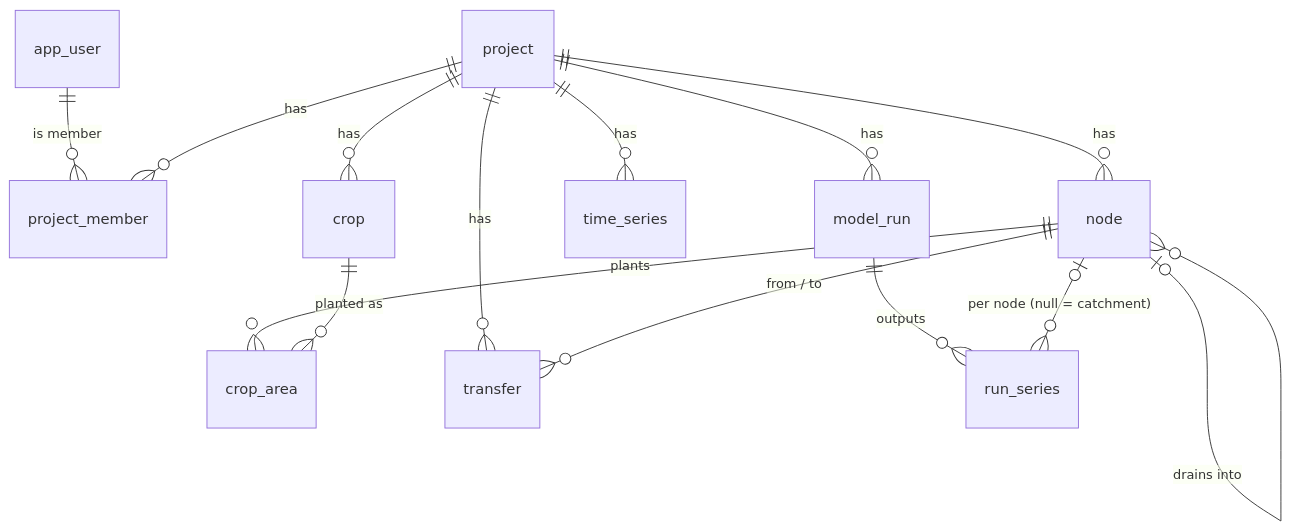
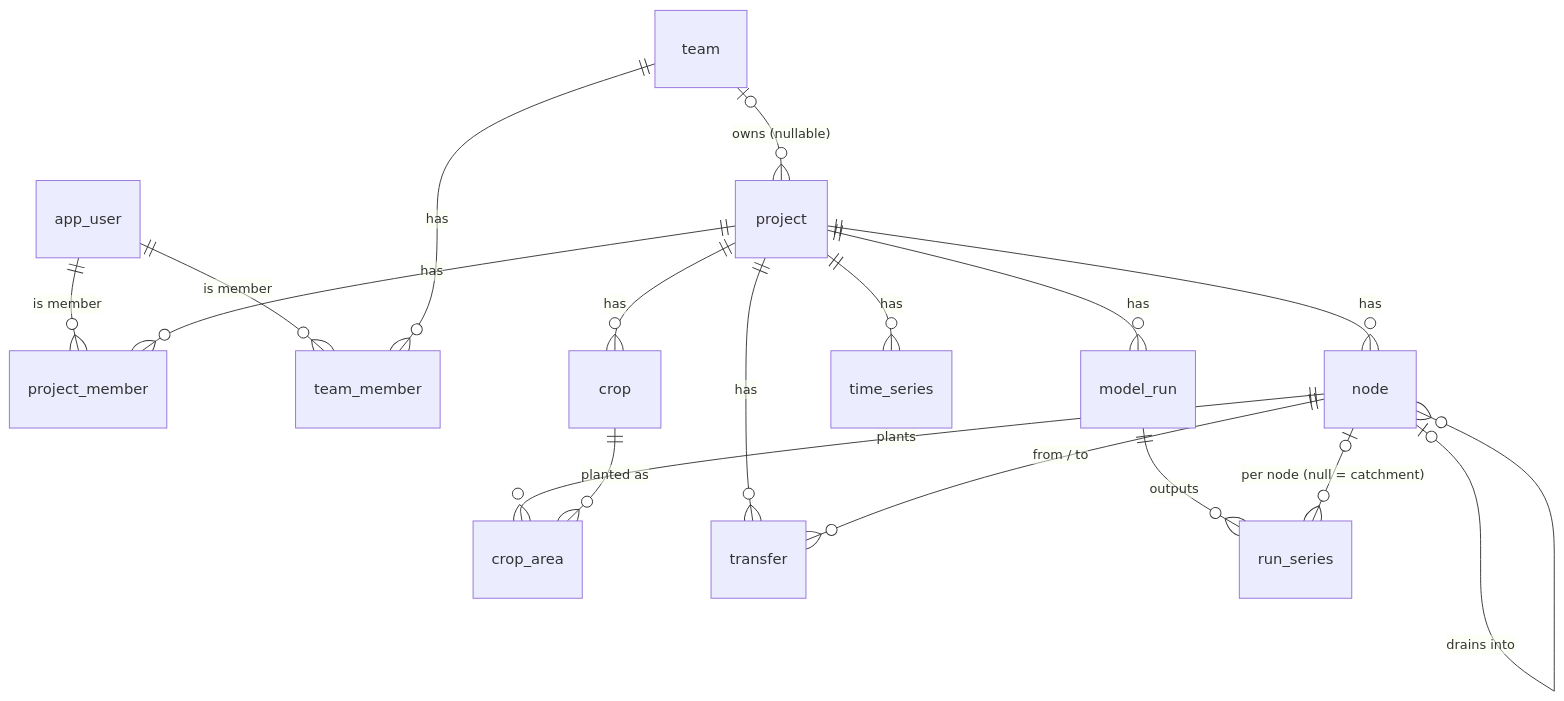
One commit to Absence0760/project-water-management changed the diagram in docs/data-model.md. Above: the diagram before and after it, drawn with Mermaid. The commit also changed other lines of this file, not shown here.

Commit message:
docs(data-model): add teams to the table list and ERD, crop sort_order, project/team policies, fix 004 backfill note

````diff
--- a/docs/data-model.md
+++ b/docs/data-model.md
@@ -16,16 +16,19 @@
 ```mermaid
 erDiagram
   app_user ||--o{ project_member : "is member"
+  app_user ||--o{ team_member : "is member"
+  team     ||--o{ team_member : has
+  team     |o--o{ project : "owns (nullable)"
   project  ||--o{ project_member : has
   project  ||--o{ node : has
   project  ||--o{ crop : has
   node     ||--o{ crop_area : plants
   crop     ||--o{ crop_area : "planted as"
   project  ||--o{ transfer : has
   node     ||--o{ transfer : "from / to"
   node     |o--o{ node : "drains into"
   project  ||--o{ time_series : has
   project  ||--o{ model_run : has
   model_run ||--o{ run_series : outputs
   node     |o--o{ run_series : "per node (null = catchment)"
 ```
````
